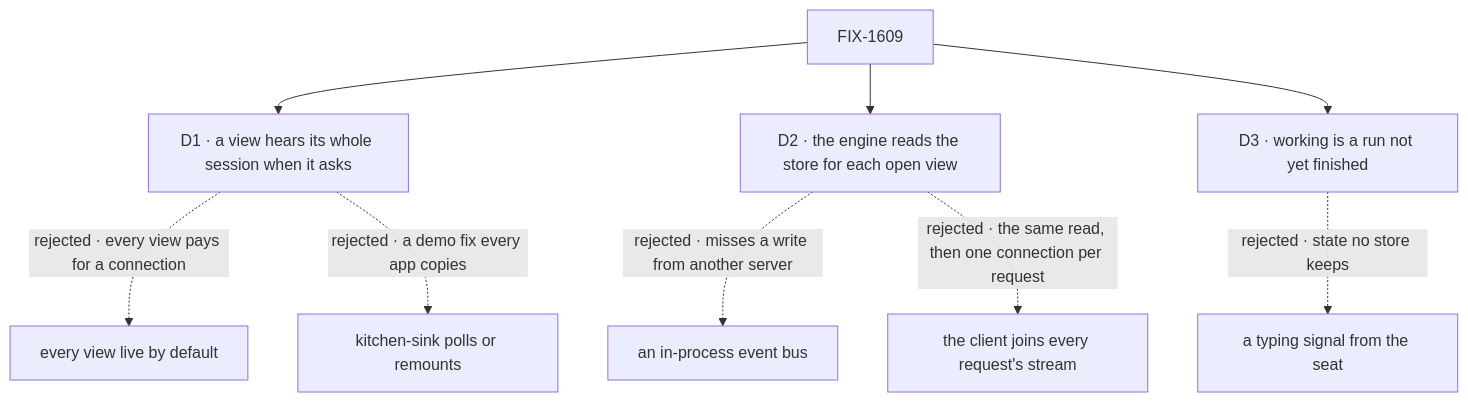
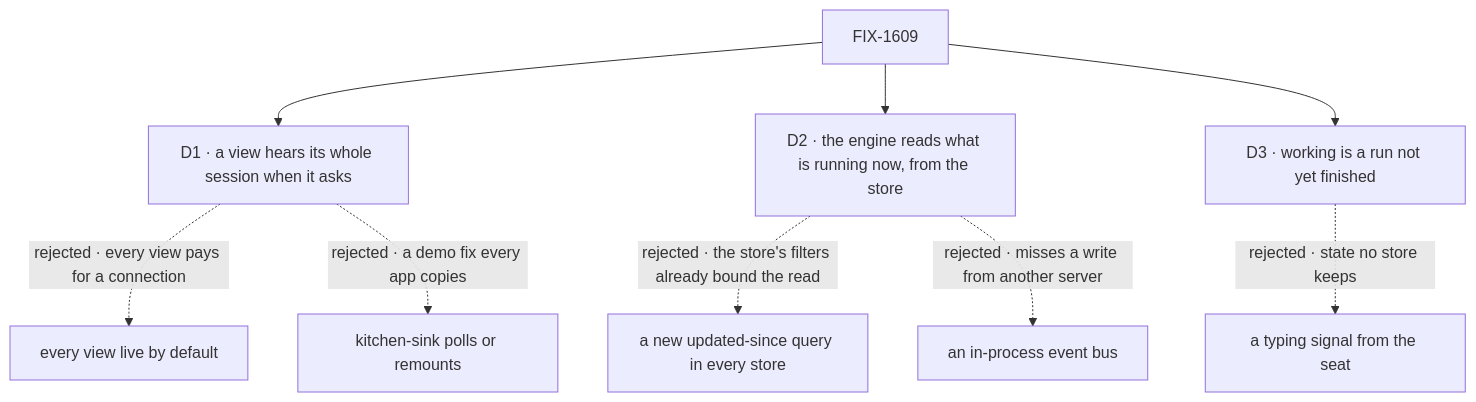
The diagram in specs/issues/FIX-1609/DECISIONS.md (fixpoint-labs/flow-state-dev), drawn with Mermaid before and after one commit. The commit also changed other lines of this file and 5 other files, not shown here.

First line of the commit message:
spec(FIX-1609): review round 1 — D2 reads what is running now

````diff
--- a/specs/issues/FIX-1609/DECISIONS.md
+++ b/specs/issues/FIX-1609/DECISIONS.md
@@ -11,11 +11,11 @@
 ```mermaid
 flowchart TD
   I["FIX-1609"] --> D1["D1 · a view hears its whole session when it asks"]
   D1 -.->|"rejected · every view pays for a connection"| X1["every view live by default"]
   D1 -.->|"rejected · a demo fix every app copies"| X1b["kitchen-sink polls or remounts"]
-  I --> D2["D2 · the engine reads the store for each open view"]
-  D2 -.->|"rejected · misses a write from another server"| X2["an in-process event bus"]
-  D2 -.->|"rejected · the same read, then one connection per request"| X2b["the client joins every request's stream"]
+  I --> D2["D2 · the engine reads what is running now, from the store"]
+  D2 -.->|"rejected · the store's filters already bound the read"| X2["a new updated-since query in every store"]
+  D2 -.->|"rejected · misses a write from another server"| X2b["an in-process event bus"]
   I --> D3["D3 · working is a run not yet finished"]
   D3 -.->|"rejected · state no store keeps"| X3["a typing signal from the seat"]
 ```
````
